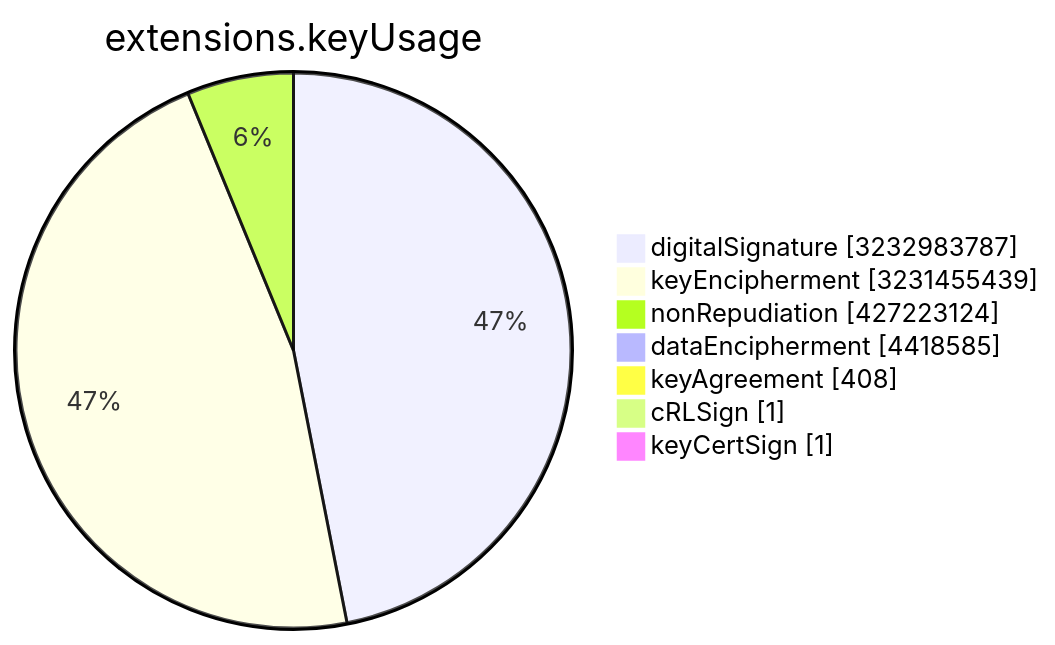
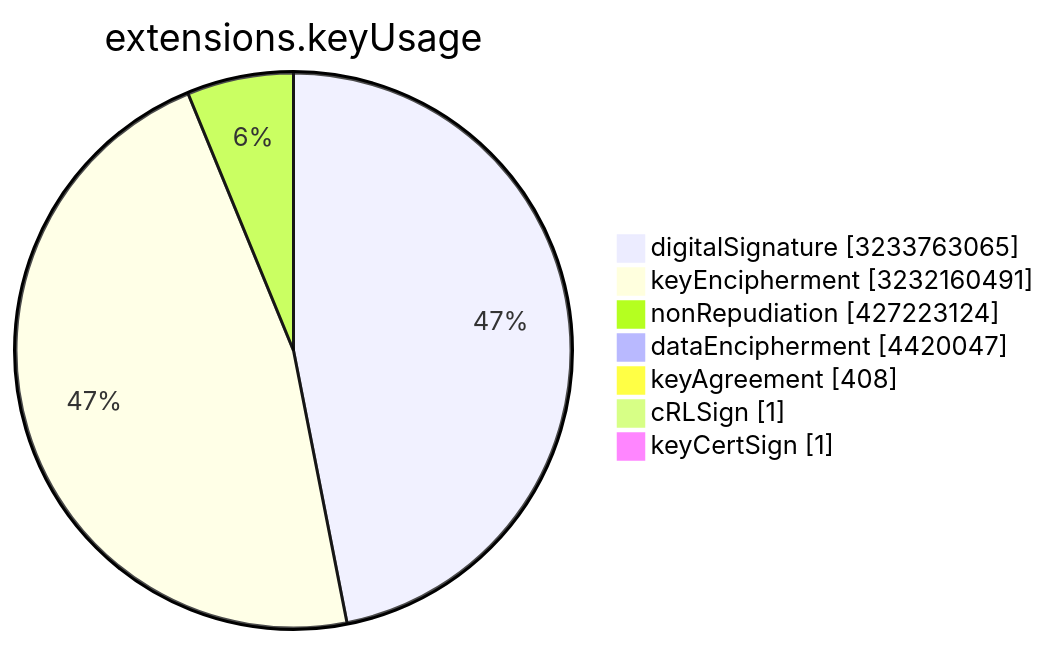
One commit to christiankrug/ctmonitor_visualization changed the sixth of 15 diagrams in TOTAL/README.md. Above: the diagram before and after it, drawn with Mermaid. The commit also changed other lines of this file, not shown here.

````diff
--- a/TOTAL/README.md
+++ b/TOTAL/README.md
@@ -3077,11 +3077,11 @@
 ```mermaid
 pie showData
 title extensions.keyUsage
-"digitalSignature" :3232983787
-"keyEncipherment" :3231455439
+"digitalSignature" :3233763065
+"keyEncipherment" :3232160491
 "nonRepudiation" :427223124
-"dataEncipherment" :4418585
+"dataEncipherment" :4420047
 "keyAgreement" :408
 "cRLSign" :1
 "keyCertSign" :1
 ```
````
